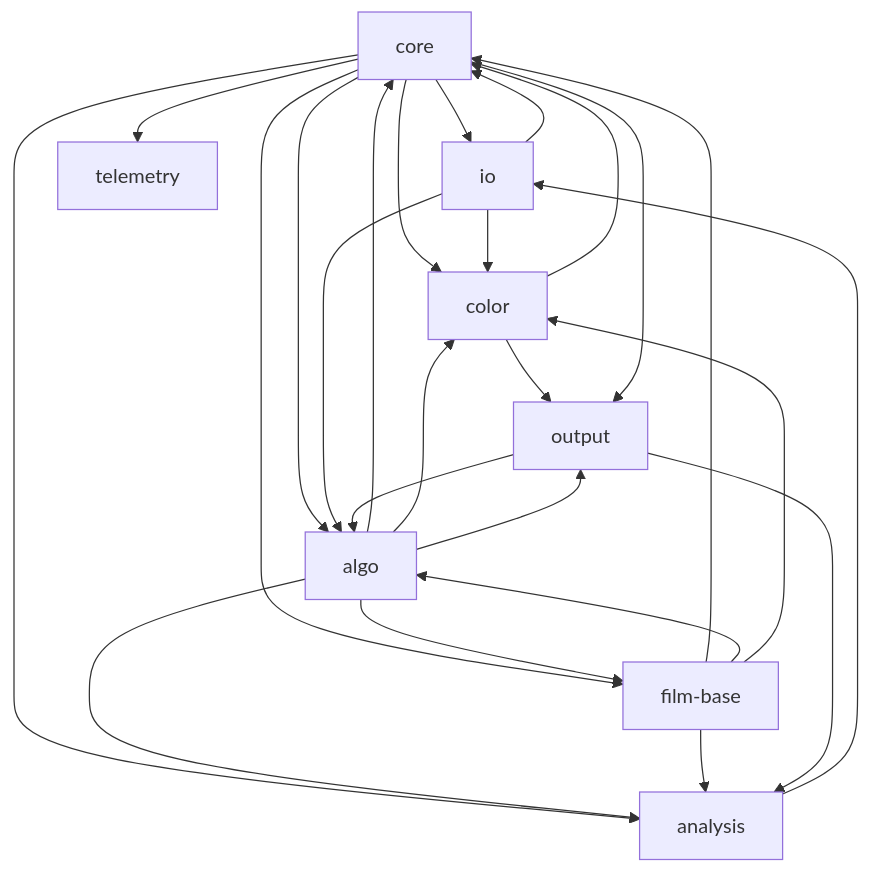
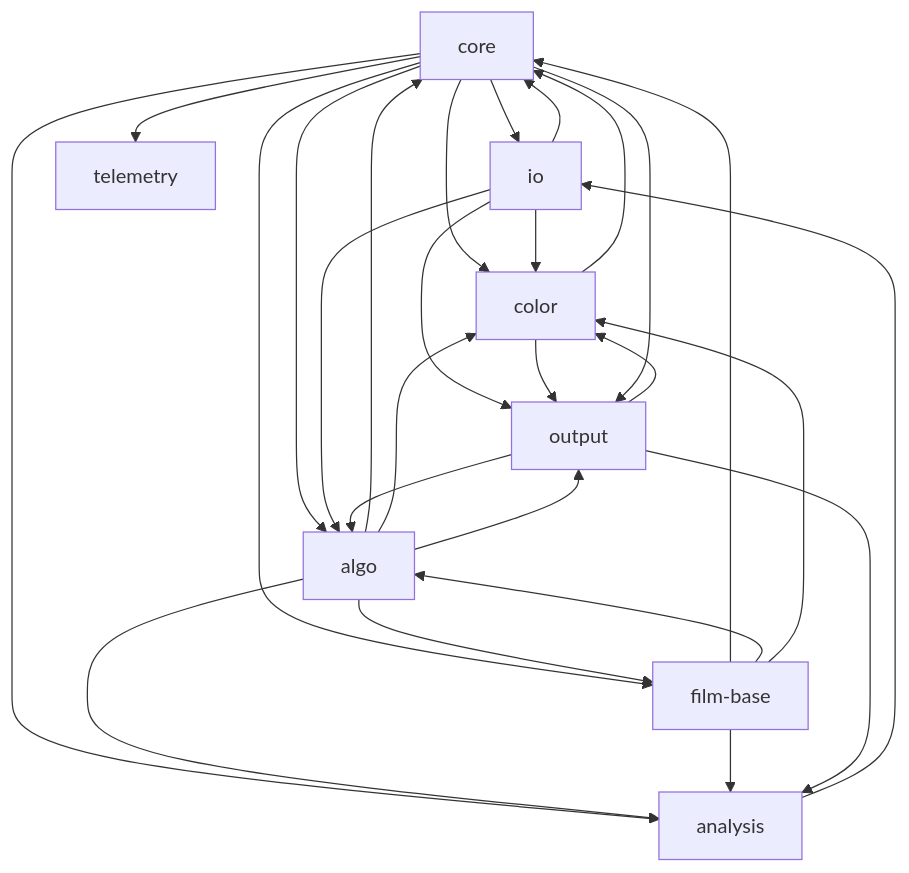
The first of 2 diagrams in docs/TASKS.md (lix42/negative-converter), drawn with Mermaid before and after one commit. The commit also changed other lines of this file and 6 other files, not shown here.

````diff
--- a/docs/TASKS.md
+++ b/docs/TASKS.md
@@ -86,35 +89,37 @@
 ```mermaid
 graph TD
   core
   io
   film-base
   algo
   color
   output
   telemetry
   analysis
   core --> io
   core --> color
   core --> film-base
   core --> algo
   io --> core
   color --> core
   film-base --> core
   algo --> core
   analysis --> io
   core --> analysis
   core --> telemetry
   algo --> analysis
   film-base --> analysis
   algo --> film-base
   io --> color
   io --> algo
+  io --> output
   film-base --> algo
   algo --> color
   film-base --> color
   color --> output
   algo --> output
+  output --> color
   core --> output
   output --> algo
   output --> analysis
 ```
````
